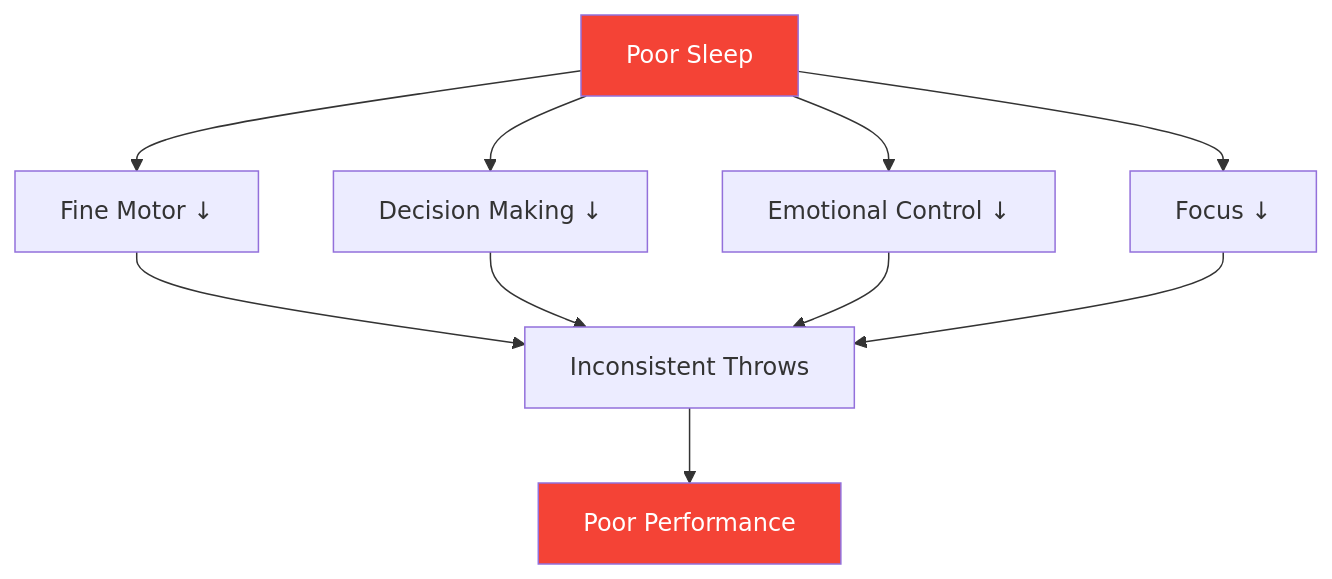
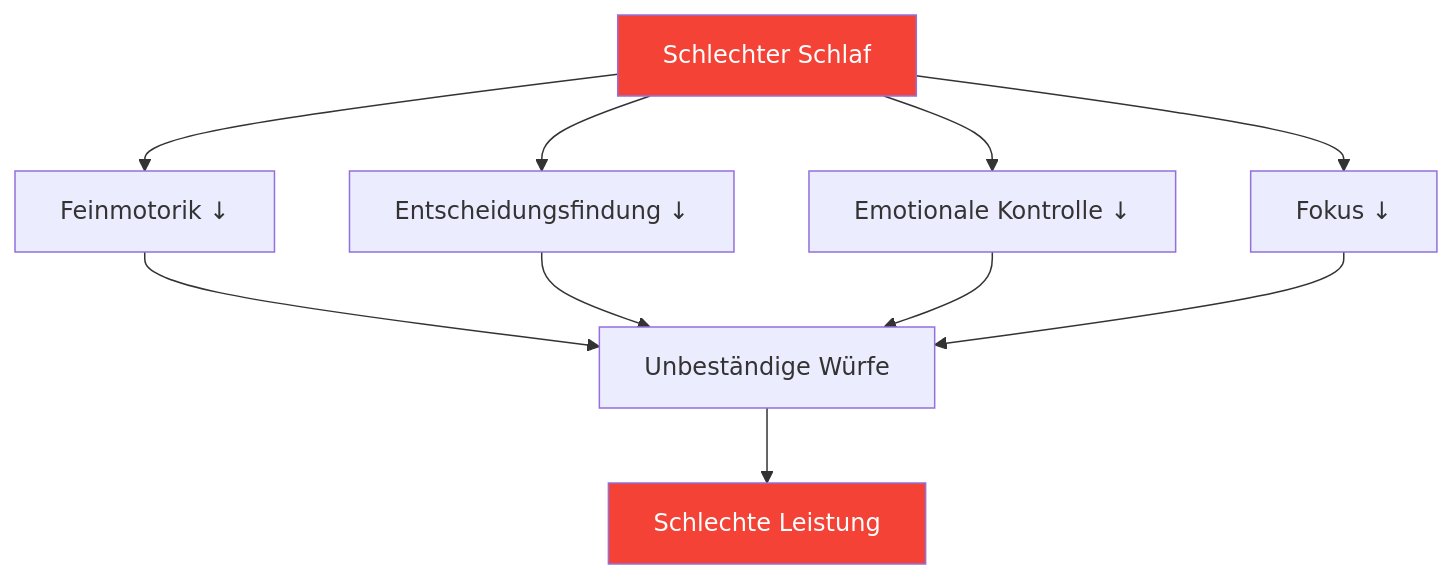
The diagram in docs/de/articles/sleep-performance.md (patwii/petanque-academy), drawn with Mermaid before and after one commit. The commit also changed other lines of this file and 550 other files, not shown here.

````diff
--- a/docs/de/articles/sleep-performance.md
+++ b/docs/de/articles/sleep-performance.md
@@ -16,17 +16,17 @@
 ```mermaid
 flowchart TD
-    A[Poor Sleep] --> B[Fine Motor ↓]
-    A --> C[Decision Making ↓]
-    A --> D[Emotional Control ↓]
-    A --> E[Focus ↓]
+    A[Schlechter Schlaf] --> B[Feinmotorik ↓]
+    A --> C[Entscheidungsfindung ↓]
+    A --> D[Emotionale Kontrolle ↓]
+    A --> E[Fokus ↓]
 
-    B --> F[Inconsistent Throws]
+    B --> F[Unbeständige Würfe]
     C --> F
     D --> F
     E --> F
 
-    F --> G[Poor Performance]
+    F --> G[Schlechte Leistung]
 
     style A fill:#f44336,color:#fff
     style G fill:#f44336,color:#fff
 ```
````
